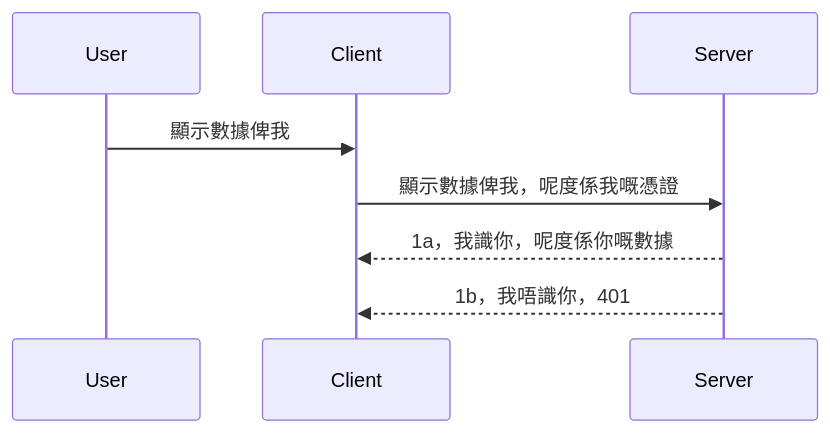
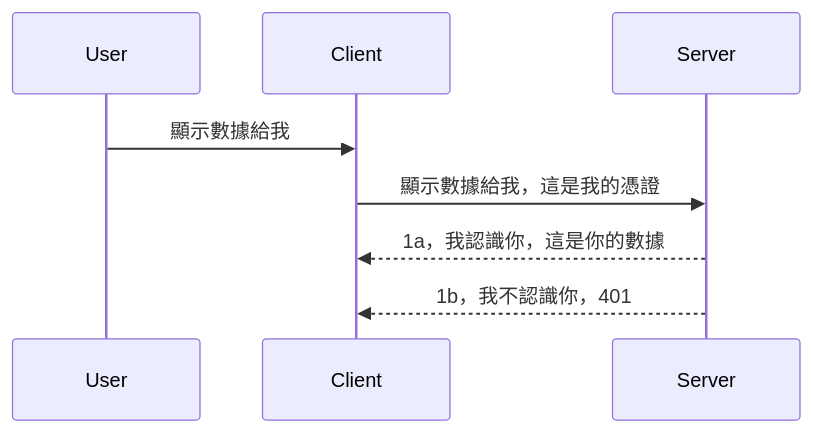
The diagram in mcp_ecosystem__model_context_protocol/mcp_learning_resources/mcp-for-beginners/translations/zh-MO/03-GettingStarted/11-simple-auth/README.md (HIDORAKAI002/ai-workspace-archive), drawn with Mermaid before and after one commit. The commit also changed other lines of this file and 1046 other files, not shown here.

````diff
--- a/mcp_ecosystem__model_context_protocol/mcp_learning_resources/mcp-for-beginners/translations/zh-MO/03-GettingStarted/11-simple-auth/README.md
+++ b/mcp_ecosystem__model_context_protocol/mcp_learning_resources/mcp-for-beginners/translations/zh-MO/03-GettingStarted/11-simple-auth/README.md
@@ -24,11 +24,11 @@
 ```mermaid
 sequenceDiagram
    participant User
    participant Client
    participant Server
 
-   User->>Client: 顯示數據俾我
-   Client->>Server: 顯示數據俾我，呢度係我嘅憑證
-   Server-->>Client: 1a，我識你，呢度係你嘅數據
-   Server-->>Client: 1b，我唔識你，401 
+   User->>Client: 顯示數據給我
+   Client->>Server: 顯示數據給我，這是我的憑證
+   Server-->>Client: 1a，我認識你，這是你的數據
+   Server-->>Client: 1b，我不認識你，401 
 ```
````
